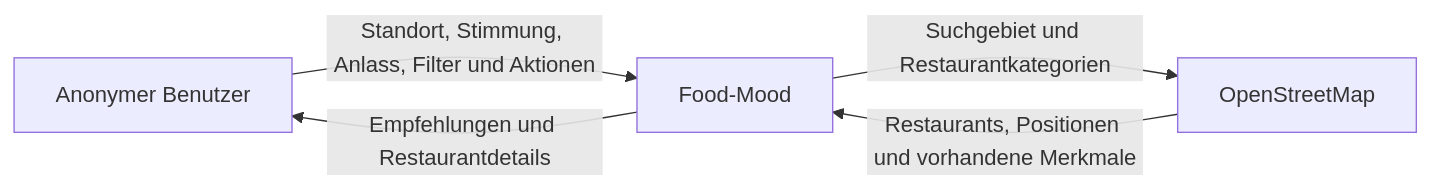
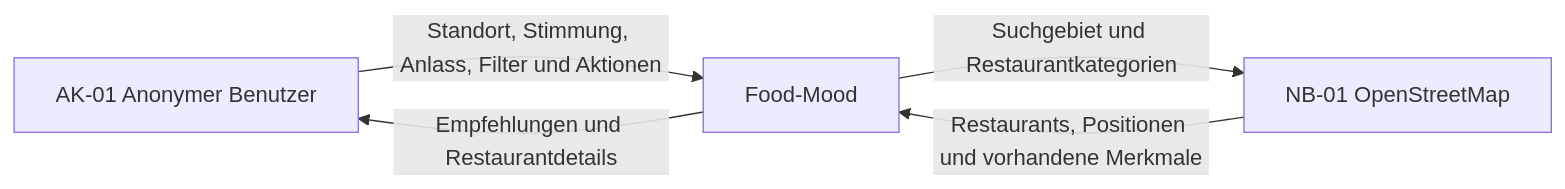
One commit to ahil-trq/thm_wk-1106_food-mood changed the diagram in docs/specs/P2-architekturueberblick.md. Above: the diagram before and after it, drawn with Mermaid. The commit also changed other lines of this file, not shown here.

````diff
--- a/docs/specs/P2-architekturueberblick.md
+++ b/docs/specs/P2-architekturueberblick.md
@@ -11,11 +9,11 @@
 ```mermaid
 flowchart LR
-    user["Anonymer Benutzer"]
+    user["AK-01 Anonymer Benutzer"]
     system["Food-Mood"]
-    osm["OpenStreetMap"]
+    osm["NB-01 OpenStreetMap"]
 
     user -->|Standort, Stimmung, Anlass, Filter und Aktionen| system
     system -->|Empfehlungen und Restaurantdetails| user
     system -->|Suchgebiet und Restaurantkategorien| osm
     osm -->|Restaurants, Positionen und vorhandene Merkmale| system
 ```
````
